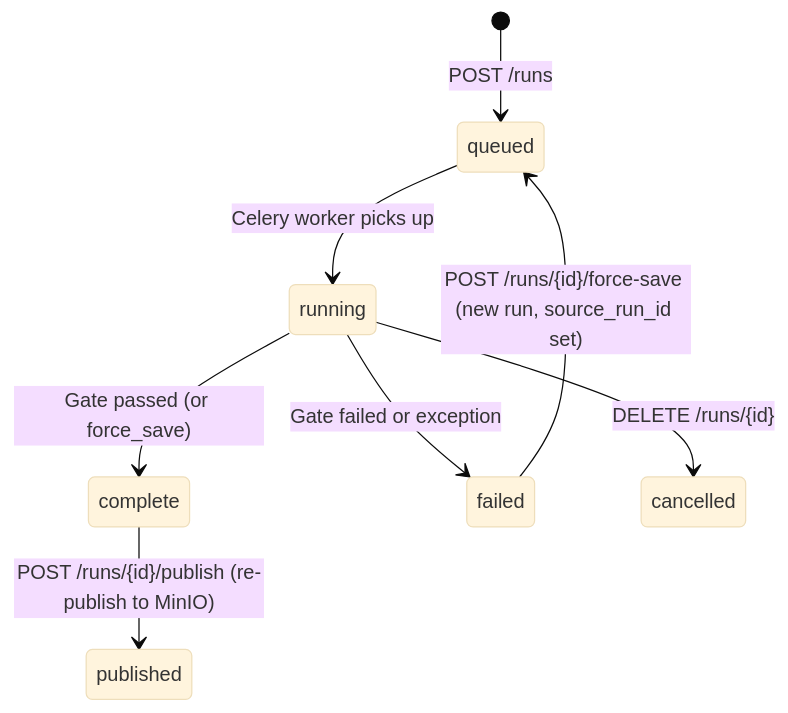
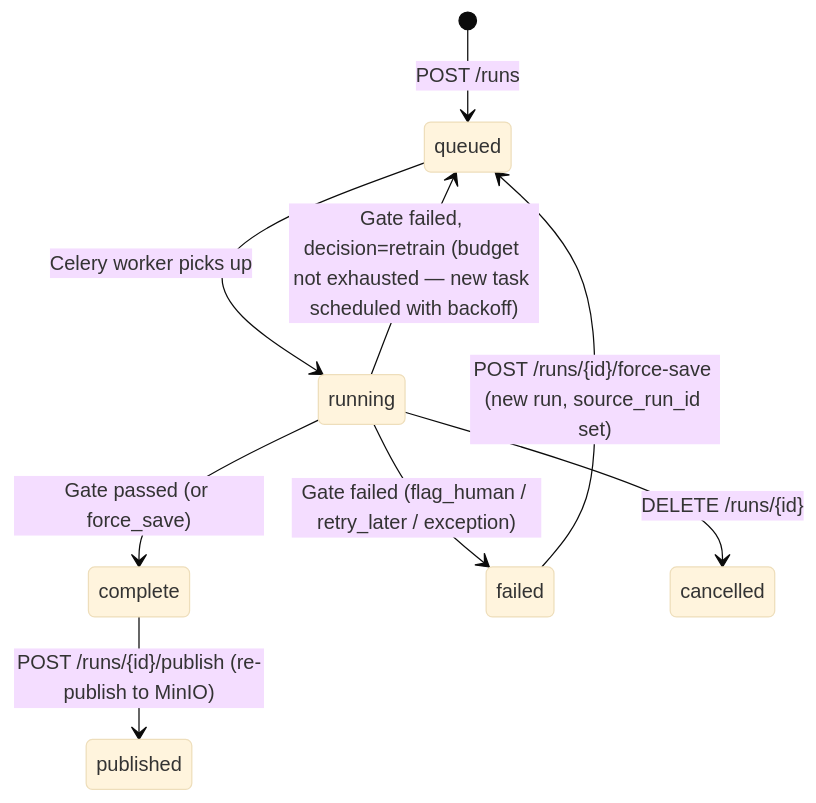
One commit to Preeth2000/alphaDocs changed the second of 2 diagrams in services/alphaGen/Architecture.md. Above: the diagram before and after it, drawn with Mermaid (base theme). The commit also changed other lines of this file and 1 other file, not shown here.

First line of the commit message:
docs: update Data and Architecture for validation, model selection, SSE, Celery

````diff
--- a/services/alphaGen/Architecture.md
+++ b/services/alphaGen/Architecture.md
@@ -112,10 +116,11 @@
 ```mermaid
 stateDiagram-v2
     [*] --> queued: POST /runs
     queued --> running: Celery worker picks up
     running --> complete: Gate passed (or force_save)
-    running --> failed: Gate failed or exception
+    running --> queued: Gate failed, decision=retrain (budget not exhausted — new task scheduled with backoff)
+    running --> failed: Gate failed (flag_human / retry_later / exception)
     running --> cancelled: DELETE /runs/{id}
     failed --> queued: POST /runs/{id}/force-save (new run, source_run_id set)
     complete --> published: POST /runs/{id}/publish (re-publish to MinIO)
 ```
````
